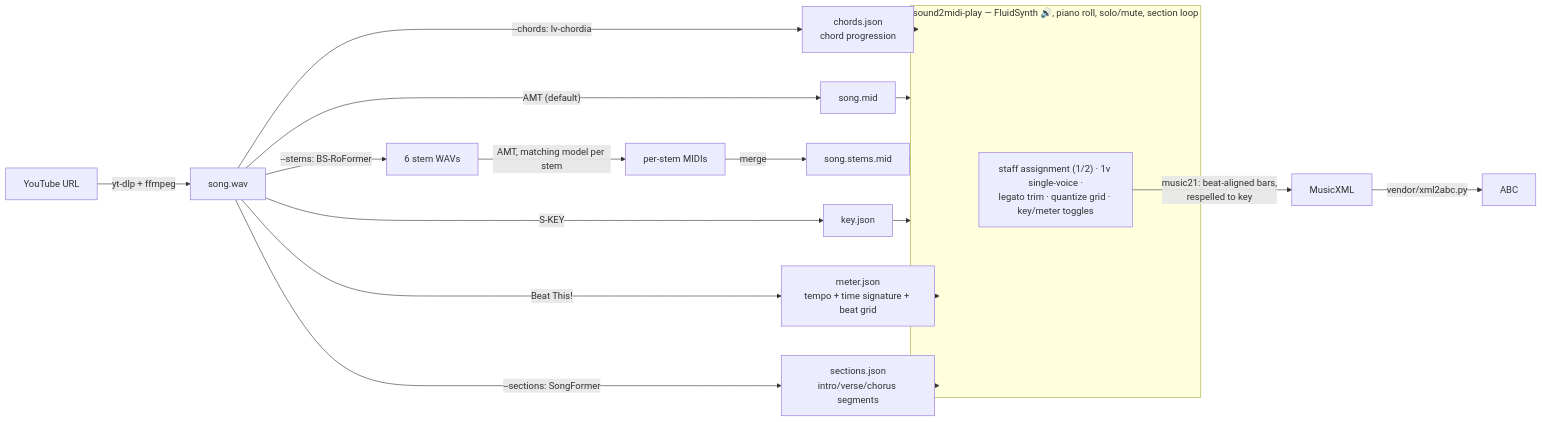
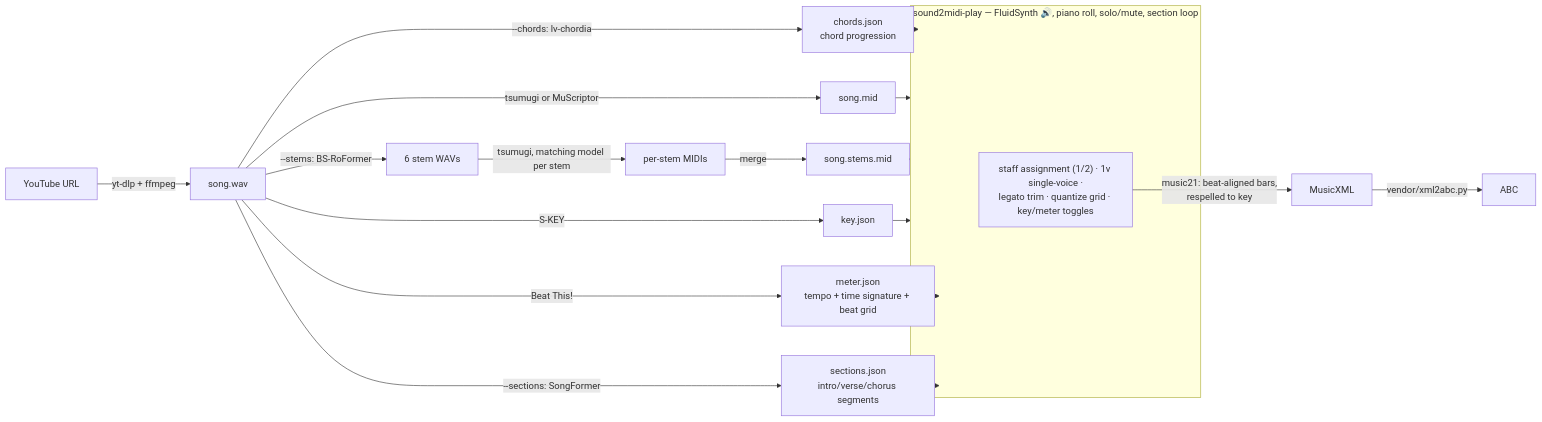
One commit to vibetuned/sound2midi changed the diagram in README.md. Above: the diagram before and after it, drawn with Mermaid. The commit also changed other lines of this file and 12 other files, not shown here.

````diff
--- a/README.md
+++ b/README.md
@@ -13,28 +15,28 @@
 ```mermaid
 flowchart LR
     URL["YouTube URL"] -->|"yt-dlp + ffmpeg"| WAV["song.wav"]
 
-    WAV -->|"AMT (default)"| MID["song.mid"]
+    WAV -->|"tsumugi or MuScriptor"| MID["song.mid"]
     WAV -->|"--stems: BS-RoFormer"| STEMS["6 stem WAVs"]
-    STEMS -->|"AMT, matching model per stem"| SMID["per-stem MIDIs"]
+    STEMS -->|"tsumugi, matching model per stem"| SMID["per-stem MIDIs"]
     SMID -->|"merge"| MERGED["song.stems.mid"]
 
     WAV -->|"S-KEY"| KEY["key.json"]
     WAV -->|"Beat This!"| METER["meter.json<br/>tempo + time signature + beat grid"]
     WAV -->|"--sections: SongFormer"| SECTIONS["sections.json<br/>intro/verse/chorus segments"]
     WAV -->|"--chords: lv-chordia"| CHORDS["chords.json<br/>chord progression"]
     CHORDS --> PLAYER
 
     MID --> PLAYER
     MERGED --> PLAYER
     KEY --> PLAYER
     METER --> PLAYER
     SECTIONS --> PLAYER
 
     subgraph PLAYER["sound2midi-play — FluidSynth 🔊, piano roll, solo/mute, section loop"]
         SEL["staff assignment (1/2) · 1v single-voice ·<br/>legato trim · quantize grid · key/meter toggles"]
     end
 
     SEL -->|"music21: beat-aligned bars,<br/>respelled to key"| XML["MusicXML"]
     XML -->|"vendor/xml2abc.py"| ABC["ABC"]
 ```
````
